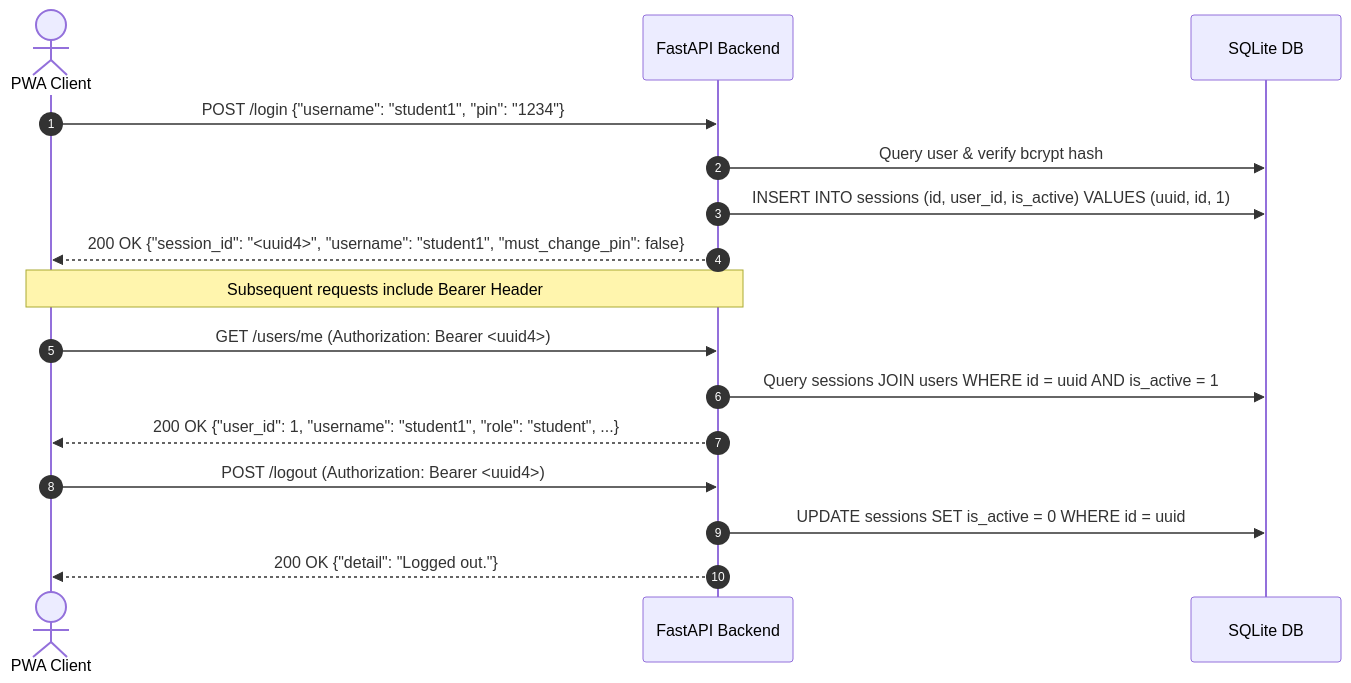
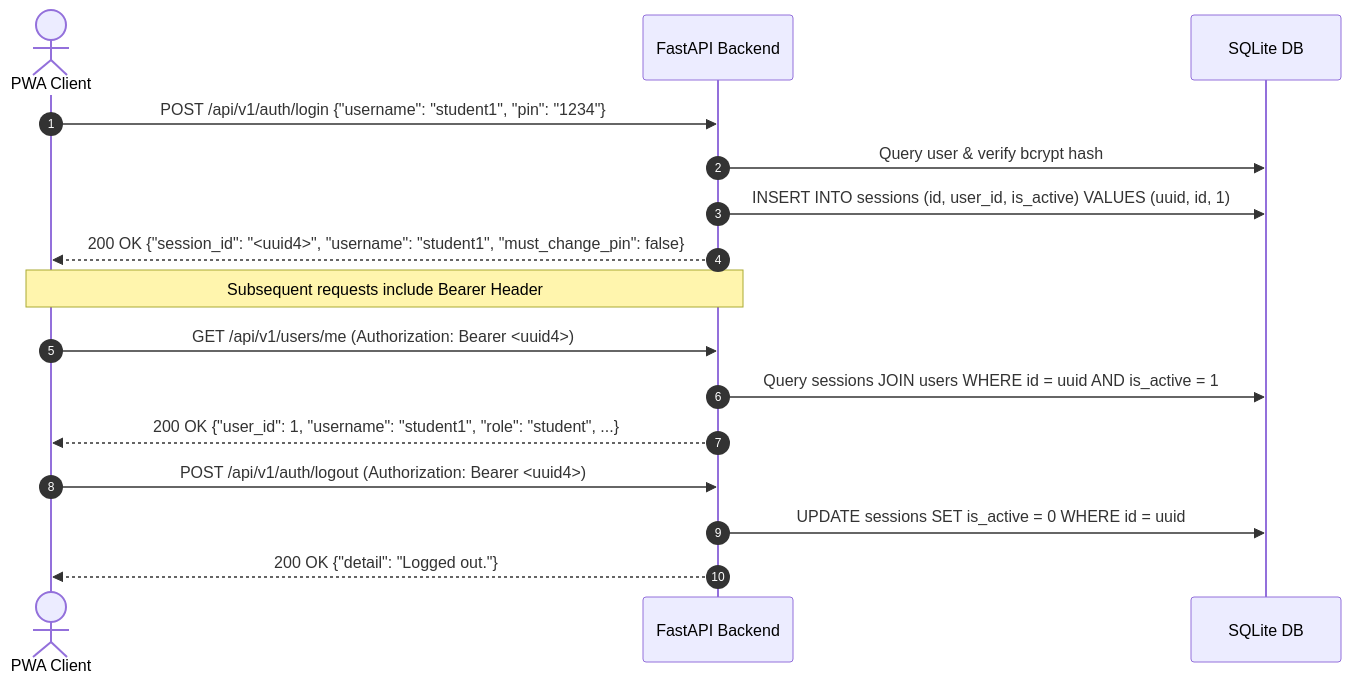
Before and after one commit to GabGP/TutorBox: the diagram in docs/api-reference.md, drawn with Mermaid. The commit also changed other lines of this file and 24 other files, not shown here.

````diff
--- a/docs/api-reference.md
+++ b/docs/api-reference.md
@@ -52,21 +54,21 @@
 ```mermaid
 sequenceDiagram
     autonumber
     actor Client as PWA Client
     participant API as FastAPI Backend
     participant DB as SQLite DB
 
-    Client->>API: POST /login {"username": "student1", "pin": "1234"}
+    Client->>API: POST /api/v1/auth/login {"username": "student1", "pin": "1234"}
     API->>DB: Query user & verify bcrypt hash
     API->>DB: INSERT INTO sessions (id, user_id, is_active) VALUES (uuid, id, 1)
     API-->>Client: 200 OK {"session_id": "<uuid4>", "username": "student1", "must_change_pin": false}
 
     Note over Client,API: Subsequent requests include Bearer Header
-    Client->>API: GET /users/me (Authorization: Bearer <uuid4>)
+    Client->>API: GET /api/v1/users/me (Authorization: Bearer <uuid4>)
     API->>DB: Query sessions JOIN users WHERE id = uuid AND is_active = 1
     API-->>Client: 200 OK {"user_id": 1, "username": "student1", "role": "student", ...}
 
-    Client->>API: POST /logout (Authorization: Bearer <uuid4>)
+    Client->>API: POST /api/v1/auth/logout (Authorization: Bearer <uuid4>)
     API->>DB: UPDATE sessions SET is_active = 0 WHERE id = uuid
     API-->>Client: 200 OK {"detail": "Logged out."}
 ```
````
